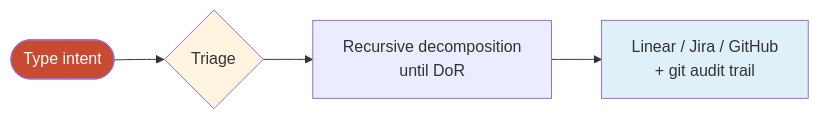
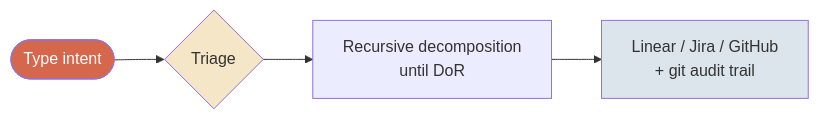
The first of 4 diagrams in TUTORIAL.md (nlawstudio/ai-refinement-method), drawn with Mermaid before and after one commit. The commit also changed other lines of this file and 1 other file, not shown here.

````diff
--- a/TUTORIAL.md
+++ b/TUTORIAL.md
@@ -292,10 +304,10 @@
 ```mermaid
 flowchart LR
     Intent([Type intent]) --> Triage{Triage}
     Triage --> Loop[Recursive decomposition<br/>until DoR]
     Loop --> Output[Linear / Jira / GitHub<br/>+ git audit trail]
 
-    style Intent fill:#C84B31,color:#fff
-    style Triage fill:#fff4e0
-    style Output fill:#e0f0f8
+    style Intent fill:#D5674C,color:#fff
+    style Triage fill:#F4E6C6
+    style Output fill:#DCE4EC
 ```
````
